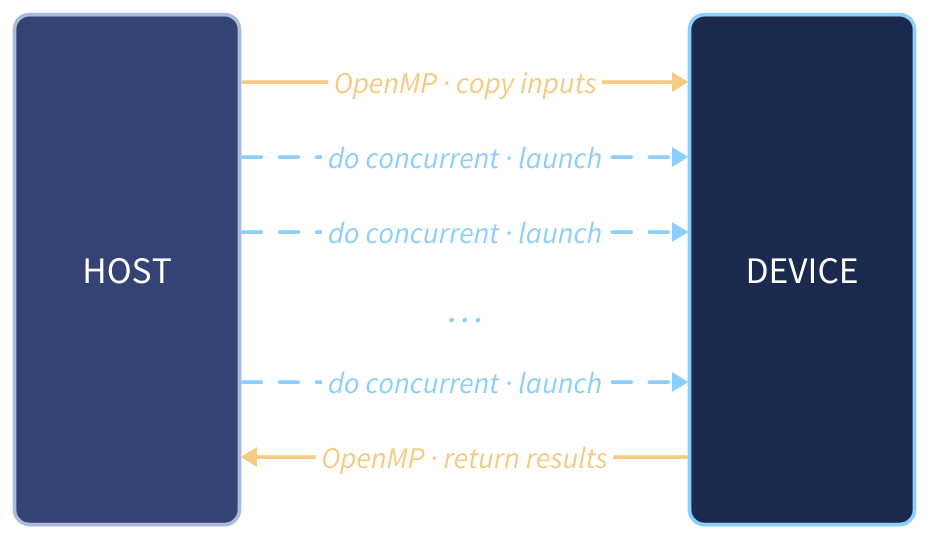
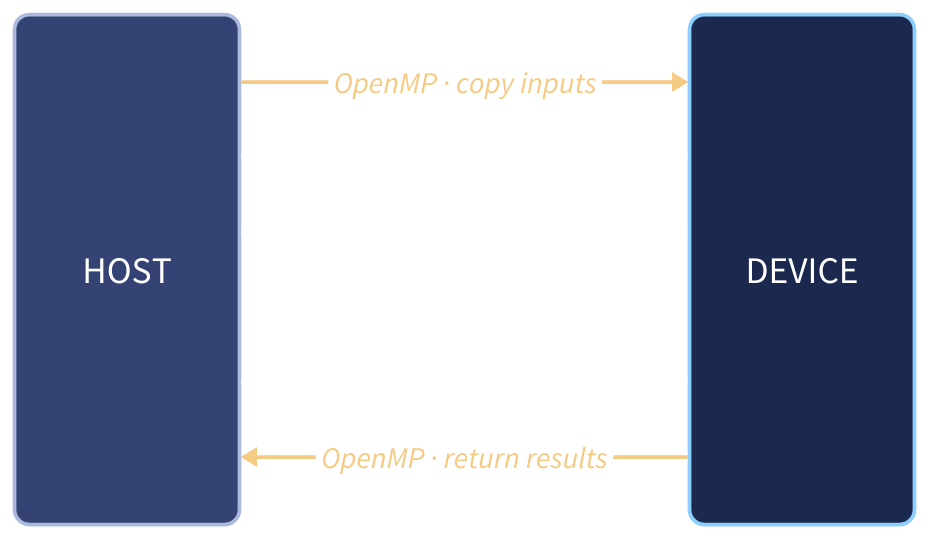
Before and after one commit to marshallward/waccpd26: the diagram in d2/device_residency.d2, drawn with D2. The commit also changed 1 other file, not shown here.

```diff
--- a/d2/device_residency.d2
+++ b/d2/device_residency.d2
@@ -1,71 +1,71 @@
 direction: right
 grid-columns: 2
 grid-gap: 360
 style.fill: transparent
 
 classes: {
   memory: {
     grid-columns: 1
     grid-gap: 48
     horizontal-gap: 0
     label.near: center-center
     style.fill: "#344373"
     style.stroke: "#aab9dc"
     style.font-color: "#ffffff"
     style.font-size: 30
     style.border-radius: 12
     style.stroke-width: 3
   }
   port: {
     label: ""
     width: 180
     height: 12
     style.opacity: 0
   }
   transfer: {
     style.stroke: "#f5ca83"
     style.font-color: "#f5ca83"
     style.font-size: 24
     style.stroke-width: 3
   }
   launch: {
-    style.stroke: "#8dcffc"
-    style.font-color: "#8dcffc"
+    style.stroke: "#ffffff"
+    style.font-color: "#ffffff"
     style.font-size: 24
     style.stroke-width: 3
     style.stroke-dash: 5
   }
 }
 
 host: HOST {
   class: memory
   in: { class: port }
   k1: { class: port }
   k2: { class: port }
   more: { class: port }
   k3: { class: port }
   out: { class: port }
 }
 device: DEVICE {
   class: memory
   style.fill: "#1c294e"
   style.stroke: "#8dcffc"
   in: { class: port }
   k1: { class: port }
   k2: { class: port }
   more: { class: port }
   k3: { class: port }
   out: { class: port }
 }
 
 # Matching grid rows give each operation its own attachment point.
 host.in -> device.in: OpenMP · copy inputs { class: transfer }
 host.k1 -> device.k1: do concurrent · launch { class: launch }
 host.k2 -> device.k2: do concurrent · launch { class: launch }
 host.more -> device.more: "…" {
   style.stroke: transparent
-  style.font-color: "#8dcffc"
+  style.font-color: "#ffffff"
   style.font-size: 32
 }
 host.k3 -> device.k3: do concurrent · launch { class: launch }
 host.out <- device.out: OpenMP · return results { class: transfer }
```
